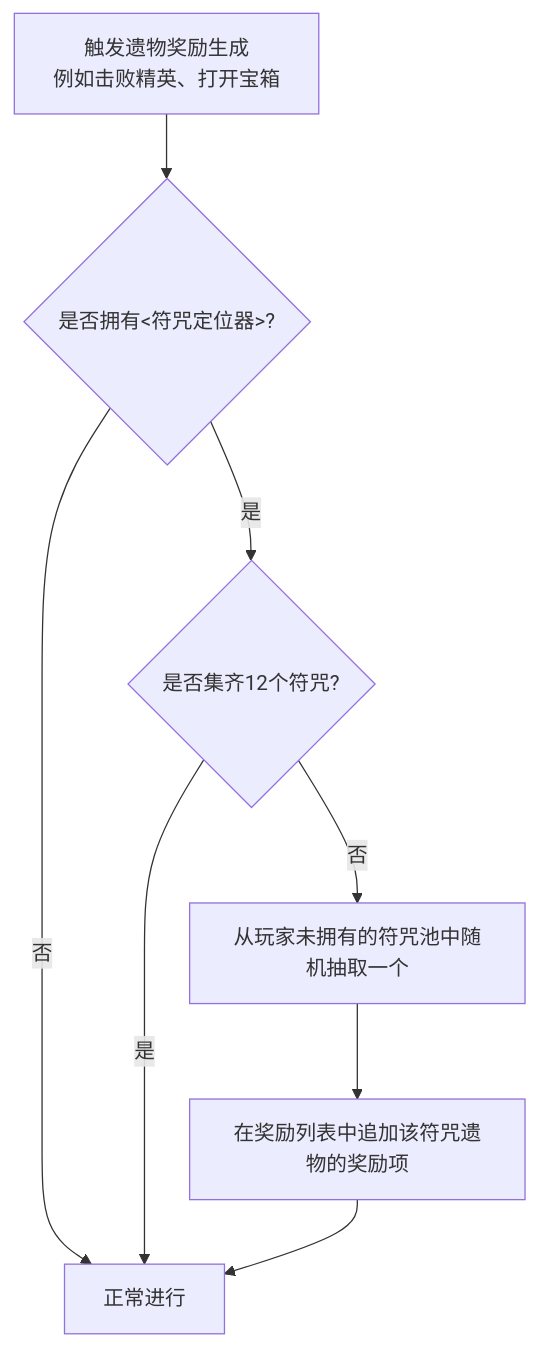
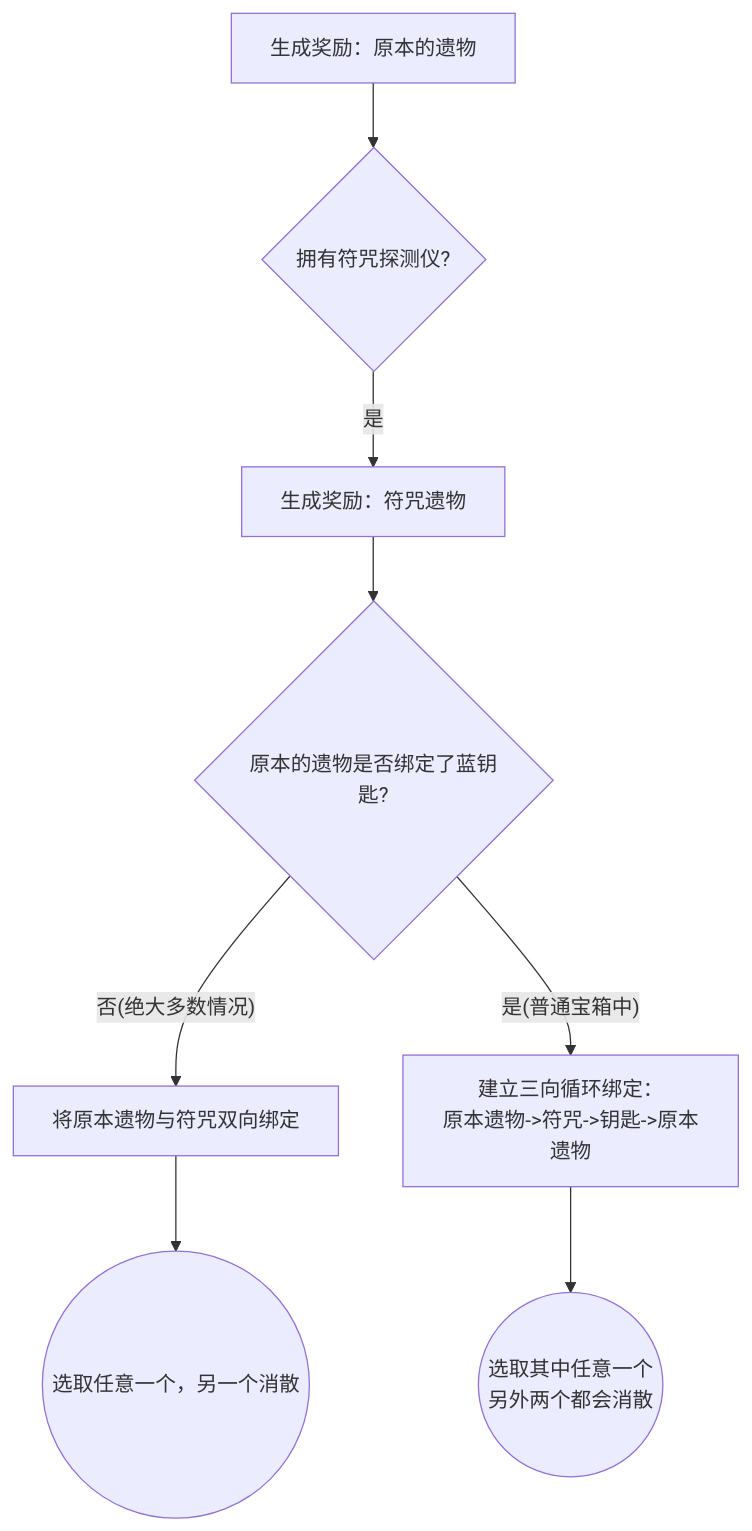
The diagram in my_doc/TalismanLocatorPlan.md (yang7021/fuZhouMod), drawn with Mermaid before and after one commit. The commit also changed other lines of this file and 6 other files, not shown here.

````diff
--- a/my_doc/TalismanLocatorPlan.md
+++ b/my_doc/TalismanLocatorPlan.md
@@ -13,10 +8,12 @@
 ```mermaid
 flowchart TD
-    A[触发遗物奖励生成\n例如击败精英、打开宝箱] --> B{是否拥有<符咒定位器>?}
-    B -- 否 --> C[正常进行]
-    B -- 是 --> D{是否集齐12个符咒?}
-    D -- 是 --> C
-    D -- 否 --> E[从玩家未拥有的符咒池中随机抽取一个]
-    E --> F[在奖励列表中追加该符咒遗物的奖励项]
-    F --> C
+    A[生成奖励：原本的遗物] --> B{拥有符咒探测仪?}
+    B -- 是 --> C[生成奖励：符咒遗物]
+    C --> D{原本的遗物是否绑定了蓝钥匙?}
+    
+    D -- 否(绝大多数情况) --> E[将原本遗物与符咒双向绑定]
+    E --> F((选取任意一个，另一个消散))
+    
+    D -- 是(普通宝箱中) --> G[建立三向循环绑定：\n原本遗物->符咒->钥匙->原本遗物]
+    G --> H((选取其中任意一个\n另外两个都会消散))
 ```
````
